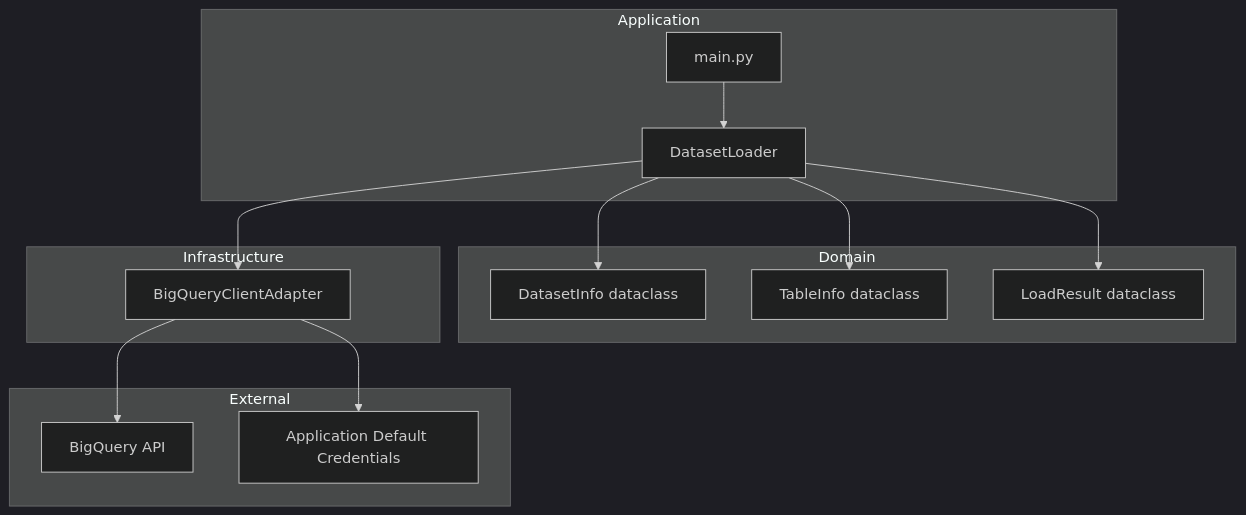
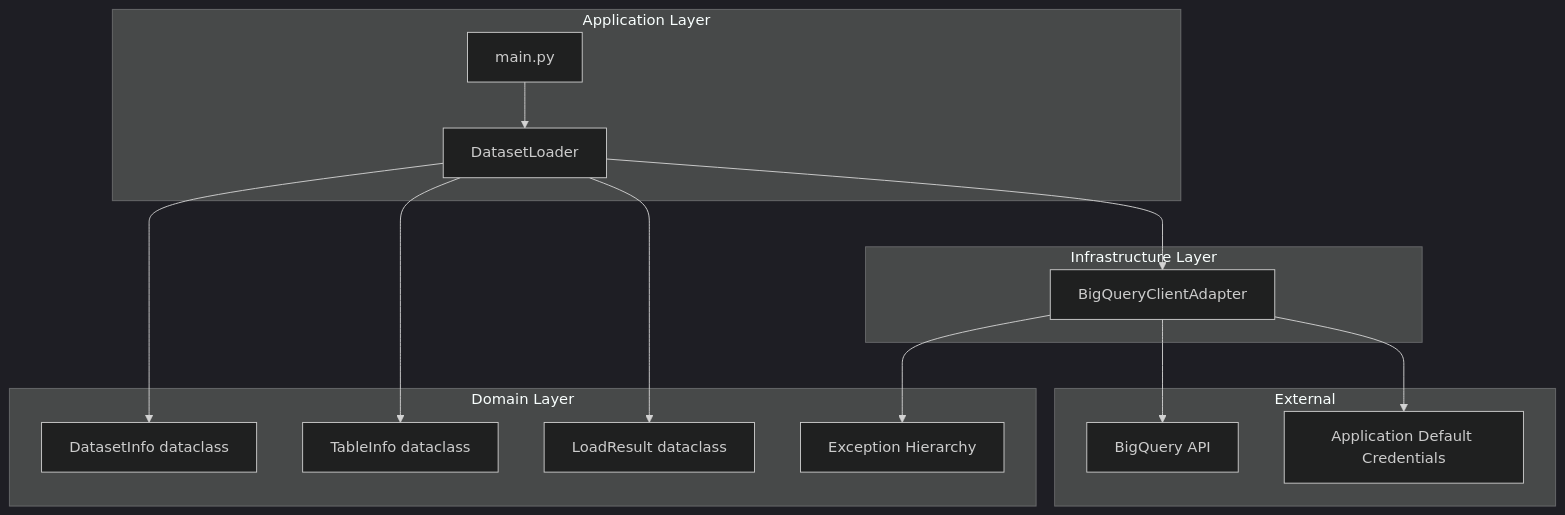
The first of 3 diagrams in .kiro/specs/bq-dataset-loader/design.md (zippowriter/bigquery-dashboard), drawn with Mermaid (dark theme) before and after one commit. The commit also changed other lines of this file and 1 other file, not shown here.

````diff
--- a/.kiro/specs/bq-dataset-loader/design.md
+++ b/.kiro/specs/bq-dataset-loader/design.md
@@ -29,30 +29,32 @@
 ```mermaid
 graph TB
-    subgraph Application
+    subgraph Application Layer
         Main[main.py]
         DatasetLoader[DatasetLoader]
     end
 
-    subgraph Domain
+    subgraph Domain Layer
         DatasetInfo[DatasetInfo dataclass]
         TableInfo[TableInfo dataclass]
         LoadResult[LoadResult dataclass]
+        Exceptions[Exception Hierarchy]
     end
 
-    subgraph Infrastructure
+    subgraph Infrastructure Layer
         BQClientAdapter[BigQueryClientAdapter]
     end
 
     subgraph External
         BigQueryAPI[BigQuery API]
         ADC[Application Default Credentials]
     end
 
     Main --> DatasetLoader
     DatasetLoader --> DatasetInfo
     DatasetLoader --> TableInfo
     DatasetLoader --> LoadResult
     DatasetLoader --> BQClientAdapter
     BQClientAdapter --> BigQueryAPI
     BQClientAdapter --> ADC
+    BQClientAdapter --> Exceptions
 ```
````
